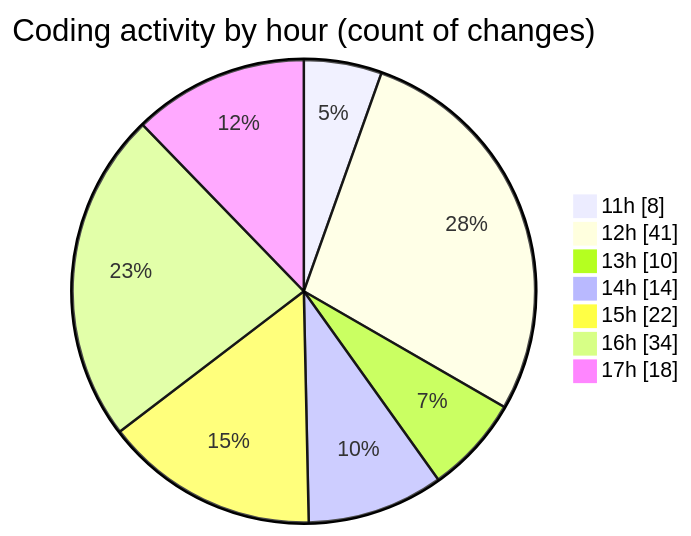
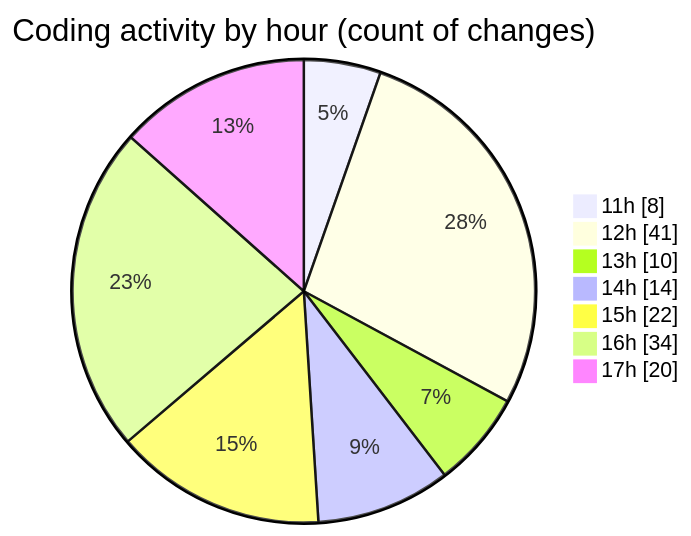
Before and after one commit to BS-eng2023/code-tracking: the second of 2 diagrams in 2025-05-04/project/README.md, drawn with Mermaid. The commit also changed other lines of this file and 1 other file, not shown here.

````diff
--- a/2025-05-04/project/README.md
+++ b/2025-05-04/project/README.md
@@ -54,11 +54,11 @@
 ```mermaid
 pie showData
 title Coding activity by hour (count of changes)
 "11h" : 8
 "12h" : 41
 "13h" : 10
 "14h" : 14
 "15h" : 22
 "16h" : 34
-"17h" : 18
+"17h" : 20
 ```
````
